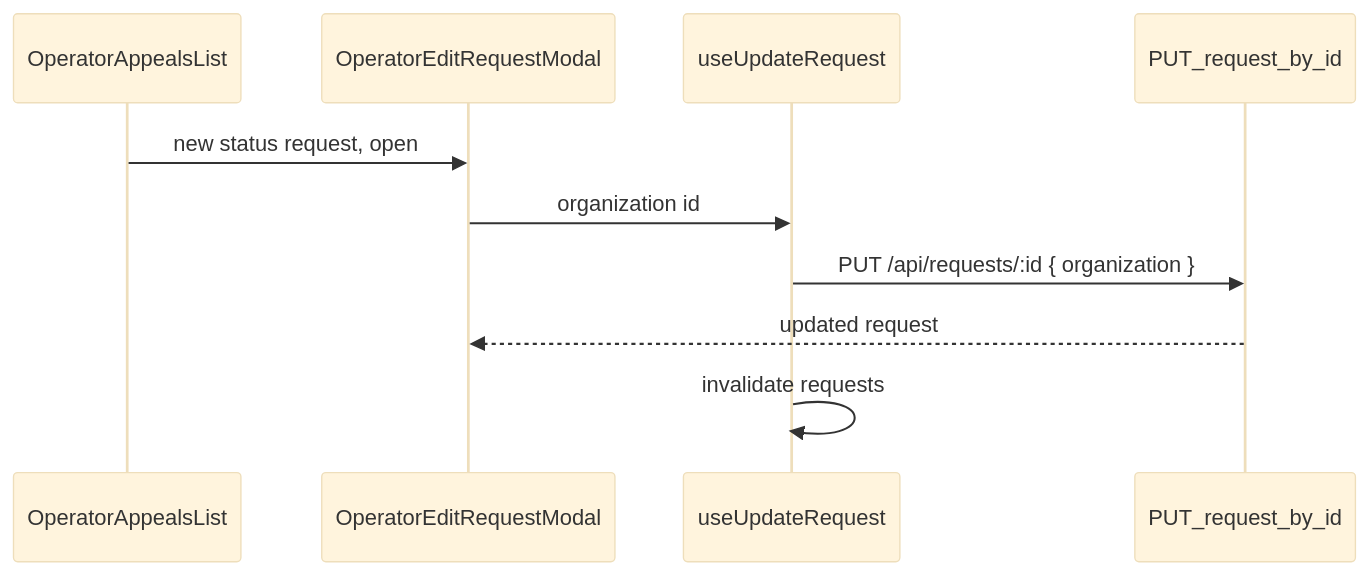
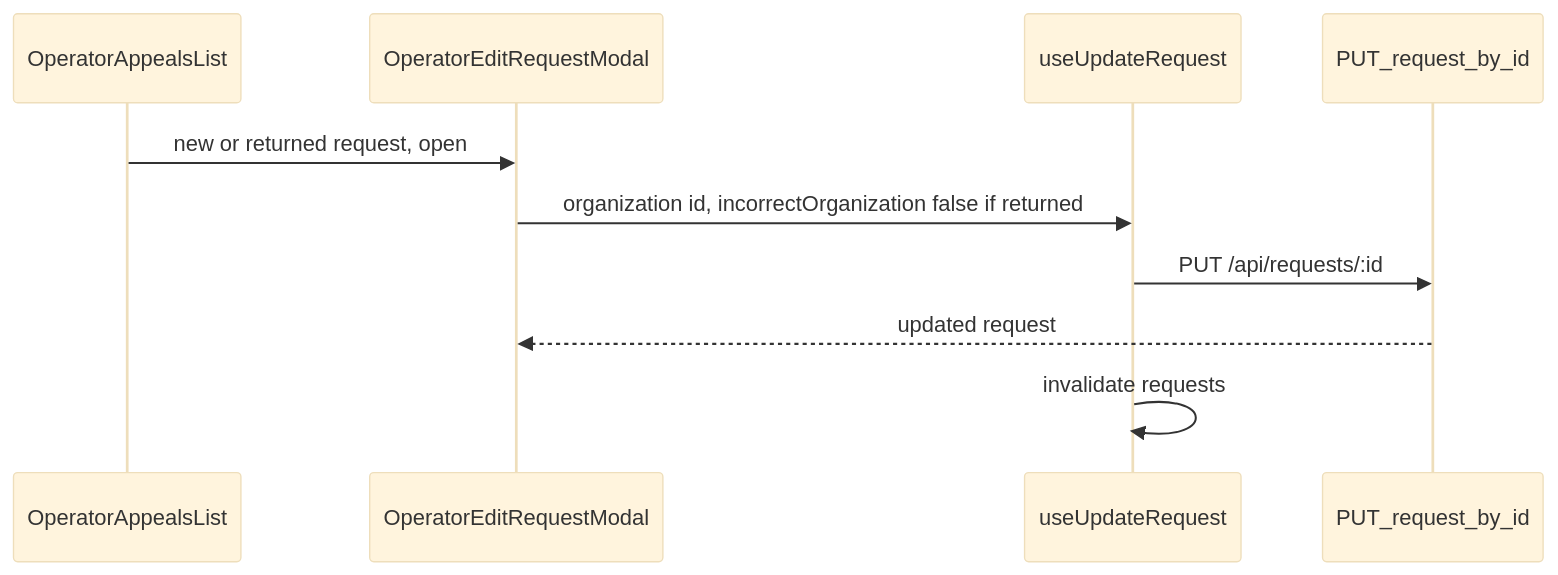
The fifth of 5 diagrams in src/pages/operator-dashboard/README.md (Qurbonsaid/murojaat24), drawn with Mermaid (base theme) before and after one commit. The commit also changed other lines of this file and 13 other files, not shown here.

First line of the commit message:
feat(requests): wrong-organization return queue and review UX

````diff
--- a/src/pages/operator-dashboard/README.md
+++ b/src/pages/operator-dashboard/README.md
@@ -77,13 +82,13 @@
 ```mermaid
 sequenceDiagram
   participant List as OperatorAppealsList
   participant Modal as OperatorEditRequestModal
   participant Hook as useUpdateRequest
   participant API as PUT_request_by_id
 
-  List->>Modal: new status request, open
-  Modal->>Hook: organization id
-  Hook->>API: PUT /api/requests/:id { organization }
+  List->>Modal: new or returned request, open
+  Modal->>Hook: organization id, incorrectOrganization false if returned
+  Hook->>API: PUT /api/requests/:id
   API-->>Modal: updated request
   Hook->>Hook: invalidate requests
 ```
````
